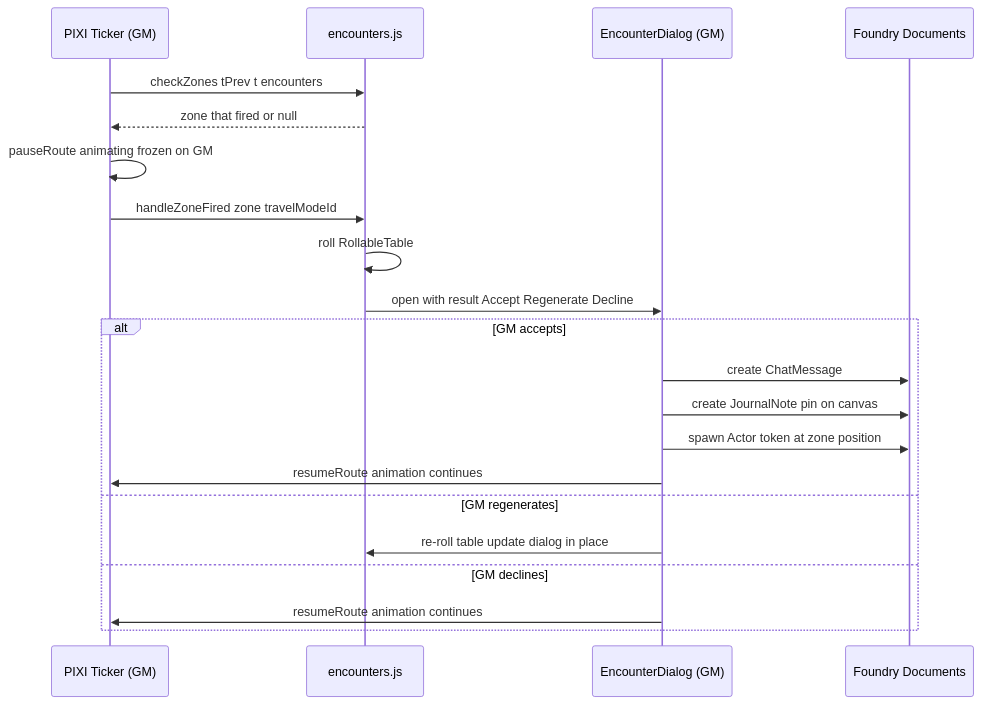
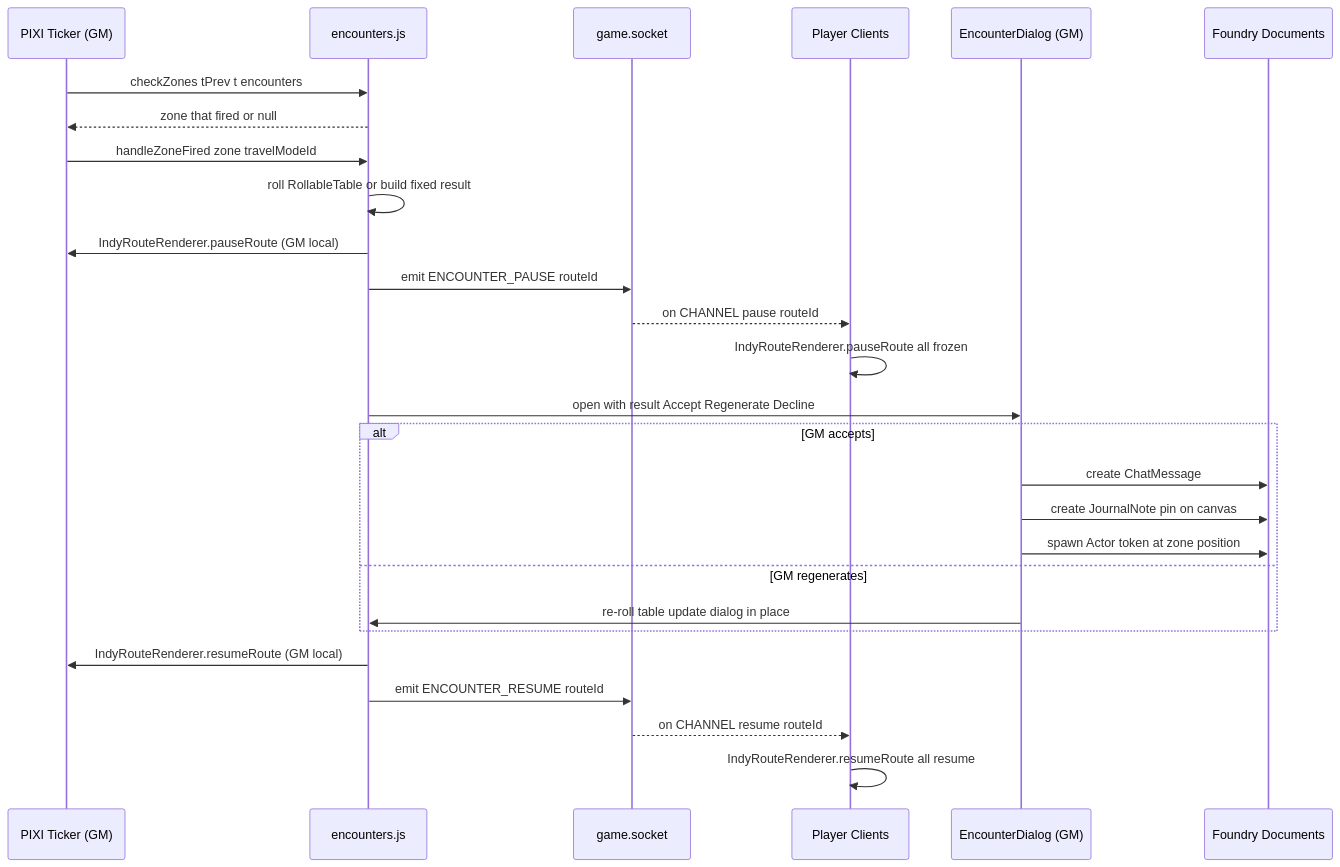
One commit to jwrpalmer99/indy-route changed the third of 3 diagrams in DEVELOPER-README.md. Above: the diagram before and after it, drawn with Mermaid. The commit also changed other lines of this file and 5 other files, not shown here.

Commit message:
Fix encounter pause: broadcast ENCOUNTER_PAUSE/RESUME to all clients so everyone freezes together

````diff
--- a/DEVELOPER-README.md
+++ b/DEVELOPER-README.md
@@ -152,24 +152,30 @@
 ```mermaid
 sequenceDiagram
     participant Ticker as PIXI Ticker (GM)
     participant Enc as encounters.js
+    participant Socket as game.socket
+    participant Players as Player Clients
     participant Dialog as EncounterDialog (GM)
     participant Foundry as Foundry Documents
 
     Ticker->>Enc: checkZones tPrev t encounters
     Enc-->>Ticker: zone that fired or null
-    Ticker->>Ticker: pauseRoute animating frozen on GM
     Ticker->>Enc: handleZoneFired zone travelModeId
-    Enc->>Enc: roll RollableTable
+    Enc->>Enc: roll RollableTable or build fixed result
+    Enc->>Ticker: IndyRouteRenderer.pauseRoute (GM local)
+    Enc->>Socket: emit ENCOUNTER_PAUSE routeId
+    Socket-->>Players: on CHANNEL pause routeId
+    Players->>Players: IndyRouteRenderer.pauseRoute all frozen
     Enc->>Dialog: open with result Accept Regenerate Decline
     alt GM accepts
         Dialog->>Foundry: create ChatMessage
         Dialog->>Foundry: create JournalNote pin on canvas
         Dialog->>Foundry: spawn Actor token at zone position
-        Dialog->>Ticker: resumeRoute animation continues
     else GM regenerates
         Dialog->>Enc: re-roll table update dialog in place
-    else GM declines
-        Dialog->>Ticker: resumeRoute animation continues
     end
+    Enc->>Ticker: IndyRouteRenderer.resumeRoute (GM local)
+    Enc->>Socket: emit ENCOUNTER_RESUME routeId
+    Socket-->>Players: on CHANNEL resume routeId
+    Players->>Players: IndyRouteRenderer.resumeRoute all resume
 ```
````
